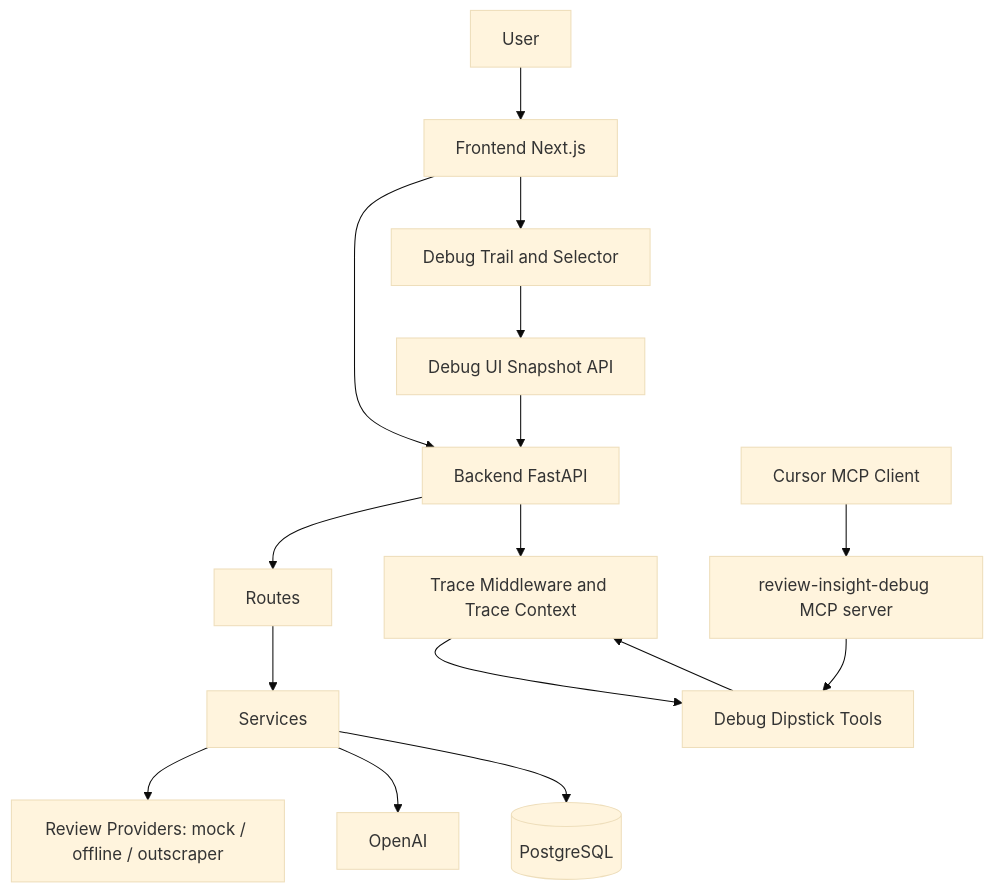
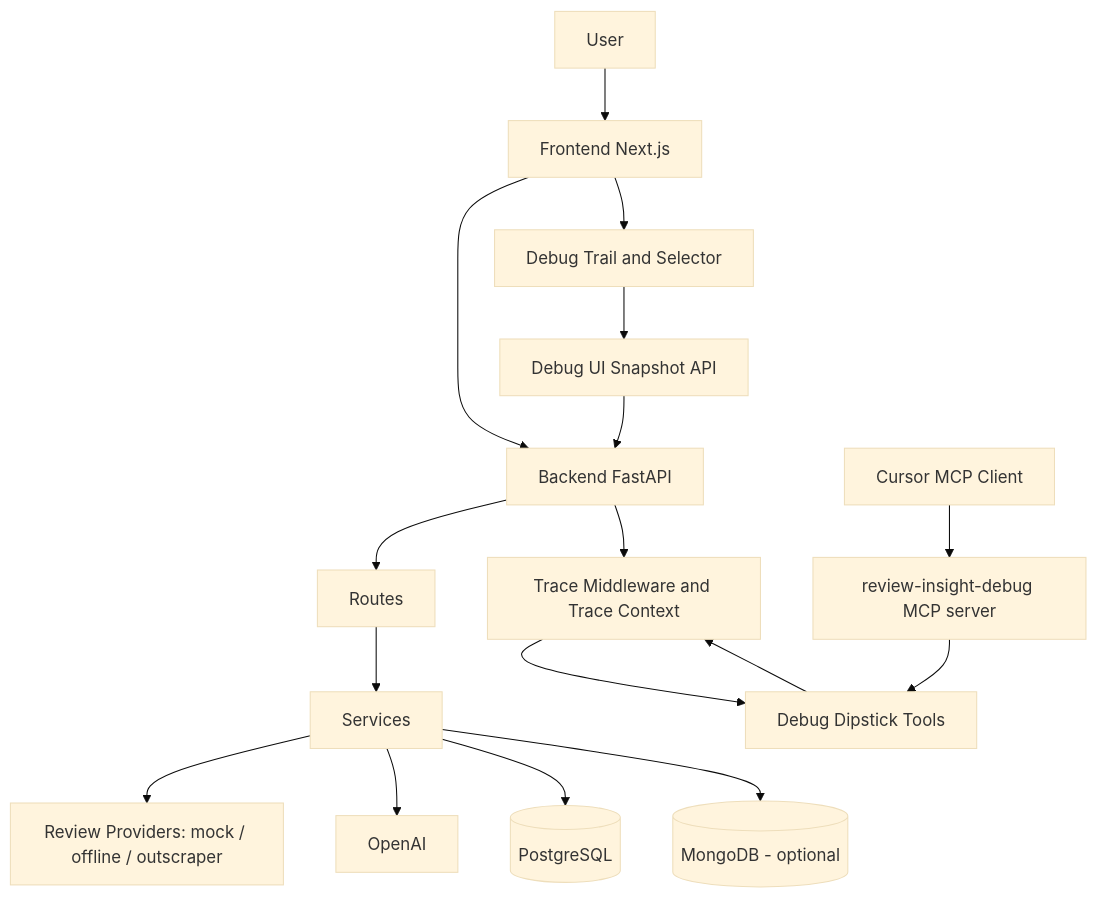
The diagram in README.md (YuriShkurko/review-insight-tool), drawn with Mermaid (base theme) before and after one commit. The commit also changed other lines of this file, not shown here.

First line of the commit message:
docs: update README with MongoDB polyglot persistence and benchmark

````diff
--- a/README.md
+++ b/README.md
@@ -183,21 +185,22 @@
 ```mermaid
 graph TB
     U[User] --> F[Frontend Next.js]
     F --> API[Backend FastAPI]
 
     API --> R[Routes]
     R --> S[Services]
     S --> P[Review Providers: mock / offline / outscraper]
     S --> LLM[OpenAI]
     S --> DB[(PostgreSQL)]
+    S --> MDB[(MongoDB - optional)]
 
     F --> DT[Debug Trail and Selector]
     DT --> UIS[Debug UI Snapshot API]
     UIS --> API
 
     API --> TM[Trace Middleware and Trace Context]
     TM --> DIP[Debug Dipstick Tools]
     MCP[Cursor MCP Client] --> MCPDBG[review-insight-debug MCP server]
     MCPDBG --> DIP
     DIP --> TM
 ```
````
